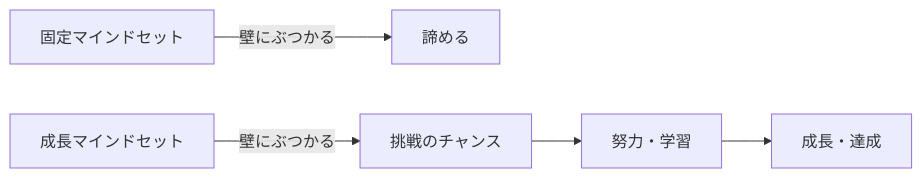
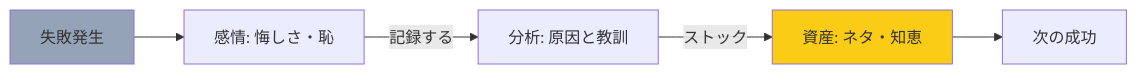
The diagram in content/blog/067-failure-resume.md (tndg16-bot/portfolio-site), drawn with Mermaid before and after one commit. The commit also changed other lines of this file and 125 other files, not shown here.

First line of the commit message:
Add Mermaid diagrams to blog articles (Nano-Banana Refresh)

````diff
--- a/content/blog/067-failure-resume.md
+++ b/content/blog/067-failure-resume.md
@@ -19,7 +24,10 @@
 ```mermaid
 graph LR
-    A[固定マインドセット] -->|壁にぶつかる| B[諦める]
-    C[成長マインドセット] -->|壁にぶつかる| D[挑戦のチャンス]
-    D --> E[努力・学習]
-    E --> F[成長・達成]
+    Fail[失敗発生] --> Emotion[感情: 悔しさ・恥]
+    Emotion -->|記録する| Analysis[分析: 原因と教訓]
+    Analysis -->|ストック| Asset[資産: ネタ・知恵]
+    Asset --> Success[次の成功]
+    
+    style Fail fill:#94a3b8
+    style Asset fill:#facc15
 ```
````
